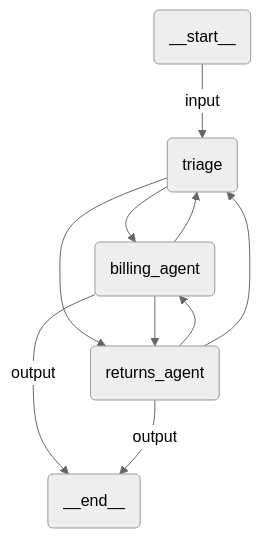
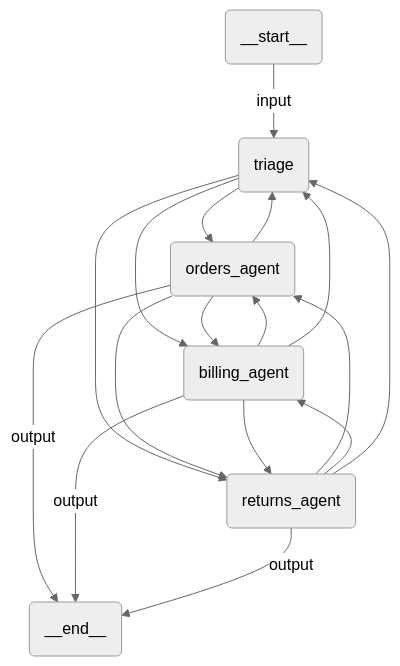
Before and after one commit to UiPath/uipath-integrations-python: the diagram in packages/uipath-agent-framework/samples/hitl-workflow/README.md, drawn with Mermaid (neutral theme). The commit also changed other lines of this file and 17 other files, not shown here.

````diff
--- a/packages/uipath-agent-framework/samples/hitl-workflow/README.md
+++ b/packages/uipath-agent-framework/samples/hitl-workflow/README.md
@@ -7,17 +7,25 @@
 ```mermaid
 flowchart TB
   __start__(__start__)
   triage(triage)
+  orders_agent(orders_agent)
   billing_agent(billing_agent)
   returns_agent(returns_agent)
   __end__(__end__)
   __start__ --> |input|triage
+  triage --> orders_agent
   triage --> billing_agent
   triage --> returns_agent
+  orders_agent --> billing_agent
+  orders_agent --> returns_agent
+  orders_agent --> triage
+  billing_agent --> orders_agent
   billing_agent --> returns_agent
   billing_agent --> triage
+  returns_agent --> orders_agent
   returns_agent --> billing_agent
   returns_agent --> triage
+  orders_agent --> |output|__end__
   billing_agent --> |output|__end__
   returns_agent --> |output|__end__
 ```
````
